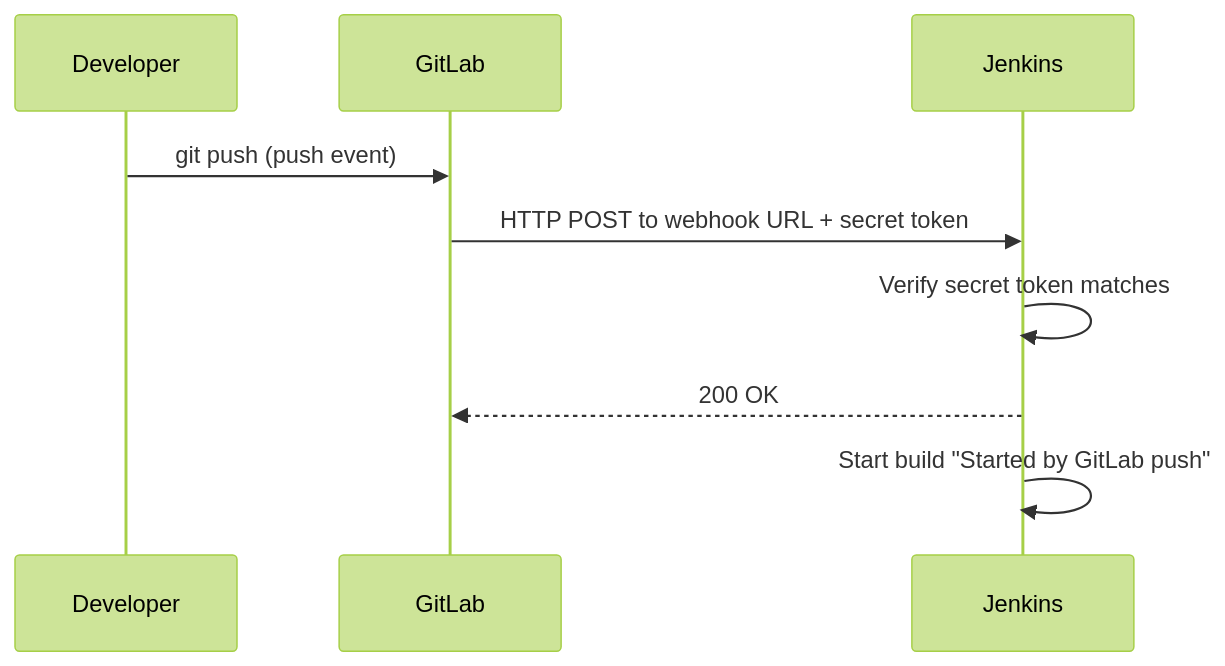
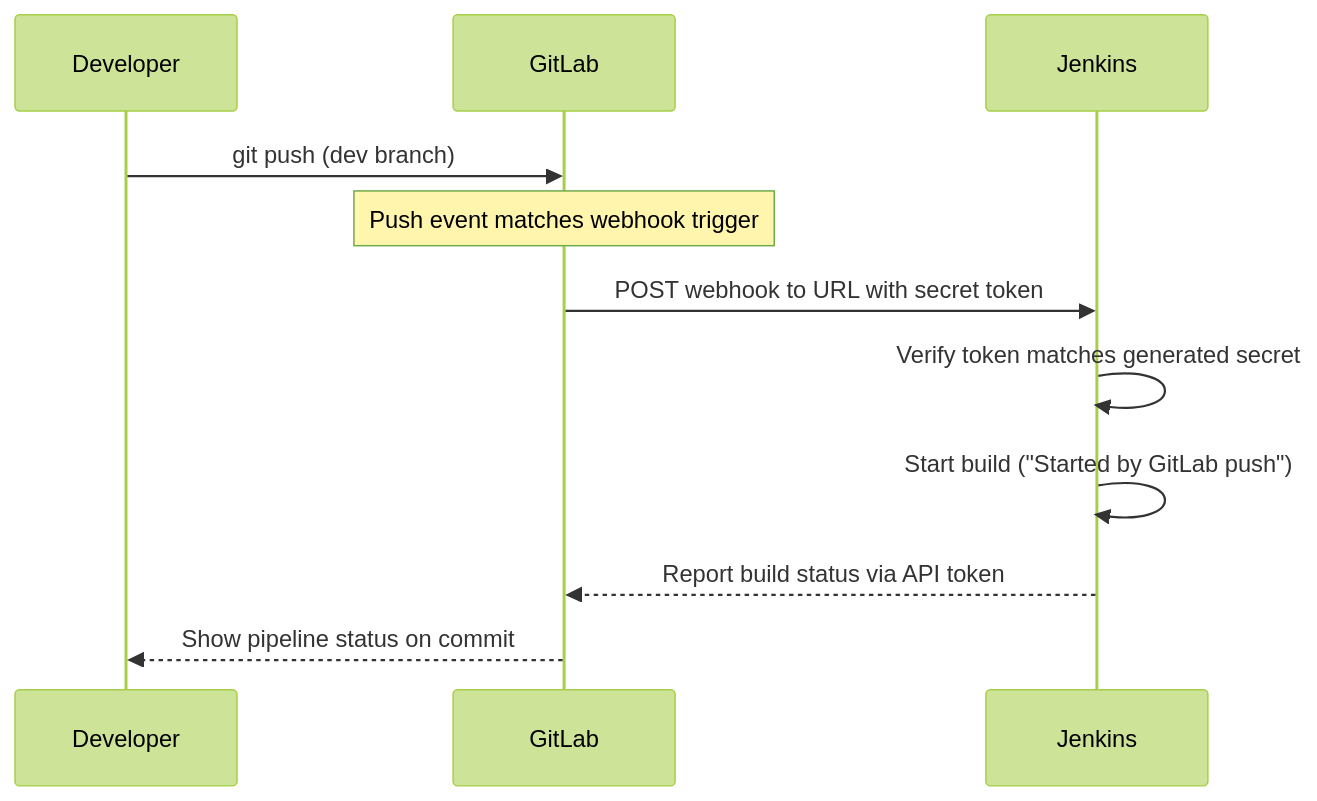
Before and after one commit to maroowe-wan/maroowe-wan.github.io: the diagram in courses/devops-pipeline-ec2/lectures/03_gitlab-webhook/content.en.md, drawn with Mermaid (forest theme). The commit also changed other lines of this file and 202 other files, not shown here.

````diff
--- a/courses/devops-pipeline-ec2/lectures/03_gitlab-webhook/content.en.md
+++ b/courses/devops-pipeline-ec2/lectures/03_gitlab-webhook/content.en.md
@@ -43,11 +104,13 @@
-```mermaid How a GitLab webhook triggers a Jenkins build
+```mermaid Push-to-build flow over a GitLab webhook
 sequenceDiagram
     participant Dev as Developer
-    participant GitLab as GitLab
-    participant Jenkins as Jenkins
-    Dev->>GitLab: git push (push event)
-    GitLab->>Jenkins: HTTP POST to webhook URL + secret token
-    Jenkins->>Jenkins: Verify secret token matches
-    Jenkins-->>GitLab: 200 OK
-    Jenkins->>Jenkins: Start build "Started by GitLab push"
+    participant GL as GitLab
+    participant JK as Jenkins
+    Dev->>GL: git push (dev branch)
+    Note over GL: Push event matches webhook trigger
+    GL->>JK: POST webhook to URL with secret token
+    JK->>JK: Verify token matches generated secret
+    JK->>JK: Start build ("Started by GitLab push")
+    JK-->>GL: Report build status via API token
+    GL-->>Dev: Show pipeline status on commit
 ```
````
